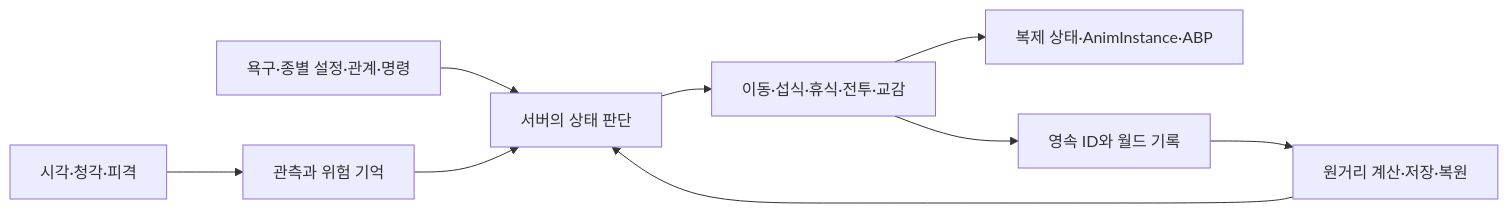
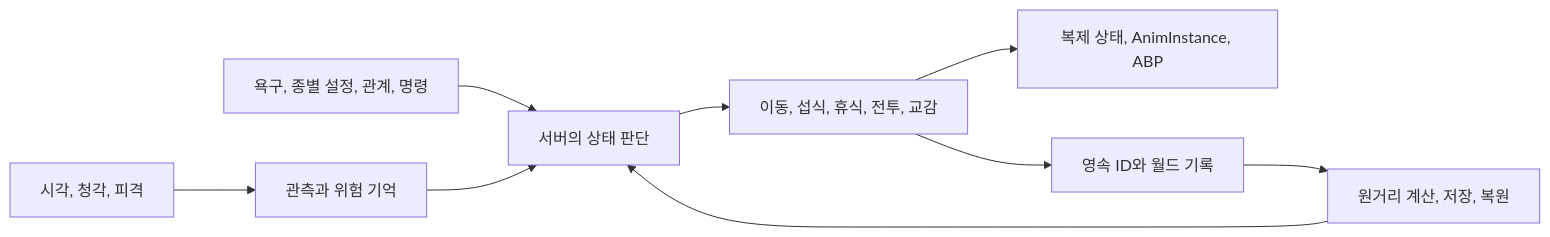
The diagram in docs/architecture.md (rhwjdtjs/NONGJANG_Public), drawn with Mermaid before and after one commit. The commit also changed other lines of this file and 11 other files, not shown here.

````diff
--- a/docs/architecture.md
+++ b/docs/architecture.md
@@ -11,11 +11,11 @@
 ```mermaid
 flowchart LR
-  A["시각·청각·피격"] --> B["관측과 위험 기억"]
-  C["욕구·종별 설정·관계·명령"] --> D["서버의 상태 판단"]
+  A["시각, 청각, 피격"] --> B["관측과 위험 기억"]
+  C["욕구, 종별 설정, 관계, 명령"] --> D["서버의 상태 판단"]
   B --> D
-  D --> E["이동·섭식·휴식·전투·교감"]
-  E --> F["복제 상태·AnimInstance·ABP"]
+  D --> E["이동, 섭식, 휴식, 전투, 교감"]
+  E --> F["복제 상태, AnimInstance, ABP"]
   E --> G["영속 ID와 월드 기록"]
-  G --> H["원거리 계산·저장·복원"]
+  G --> H["원거리 계산, 저장, 복원"]
   H --> D
 ```
````
